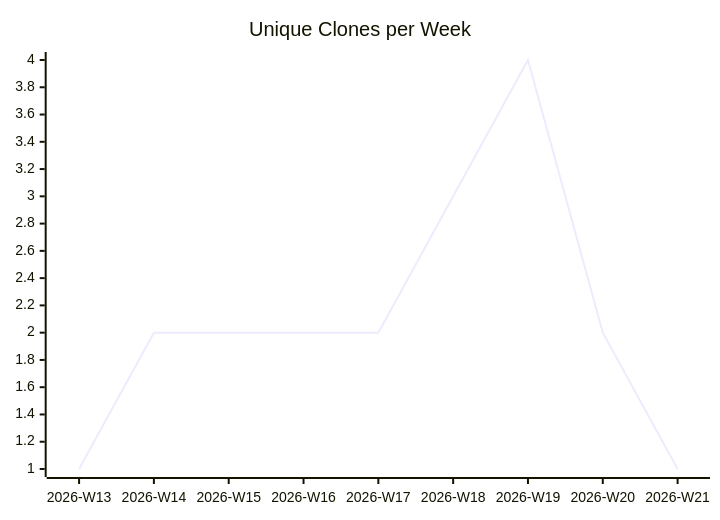
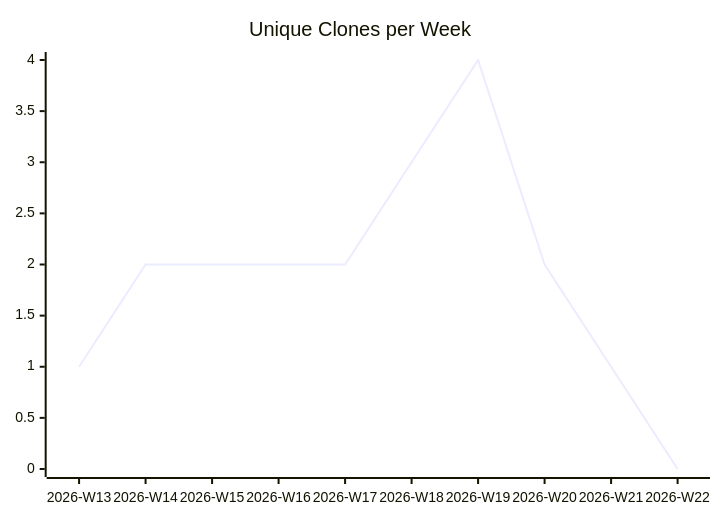
One commit to justdavis-family/github-analytics-data changed the third of 3 diagrams in karlmdavis/hello-rust-actix/README.md. Above: the diagram before and after it, drawn with Mermaid. The commit also changed other lines of this file and 190 other files, not shown here.

````diff
--- a/karlmdavis/hello-rust-actix/README.md
+++ b/karlmdavis/hello-rust-actix/README.md
@@ -19,6 +19,6 @@
 ```mermaid
 xychart-beta
   title "Unique Clones per Week"
-  x-axis ["2026-W13", "2026-W14", "2026-W15", "2026-W16", "2026-W17", "2026-W18", "2026-W19", "2026-W20", "2026-W21"]
-  line [1, 2, 2, 2, 2, 3, 4, 2, 1]
+  x-axis ["2026-W13", "2026-W14", "2026-W15", "2026-W16", "2026-W17", "2026-W18", "2026-W19", "2026-W20", "2026-W21", "2026-W22"]
+  line [1, 2, 2, 2, 2, 3, 4, 2, 1, 0]
 ```
````
